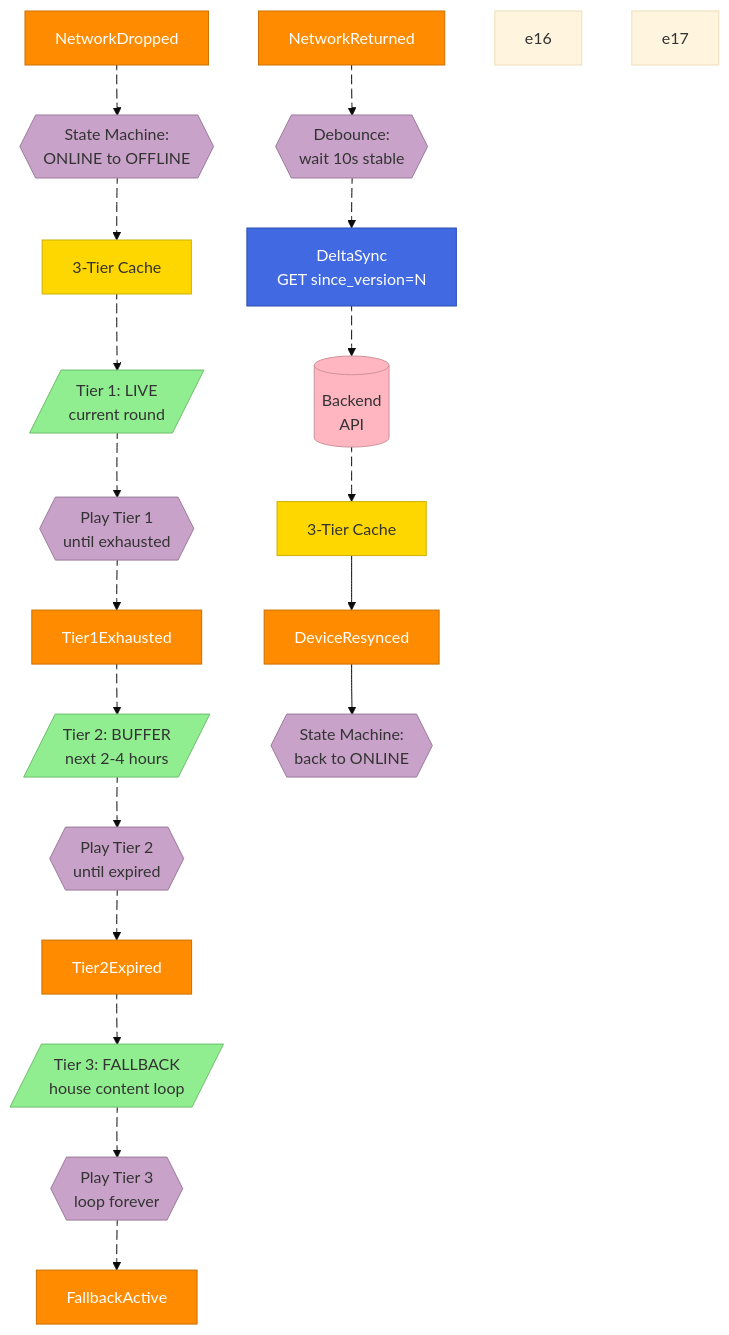
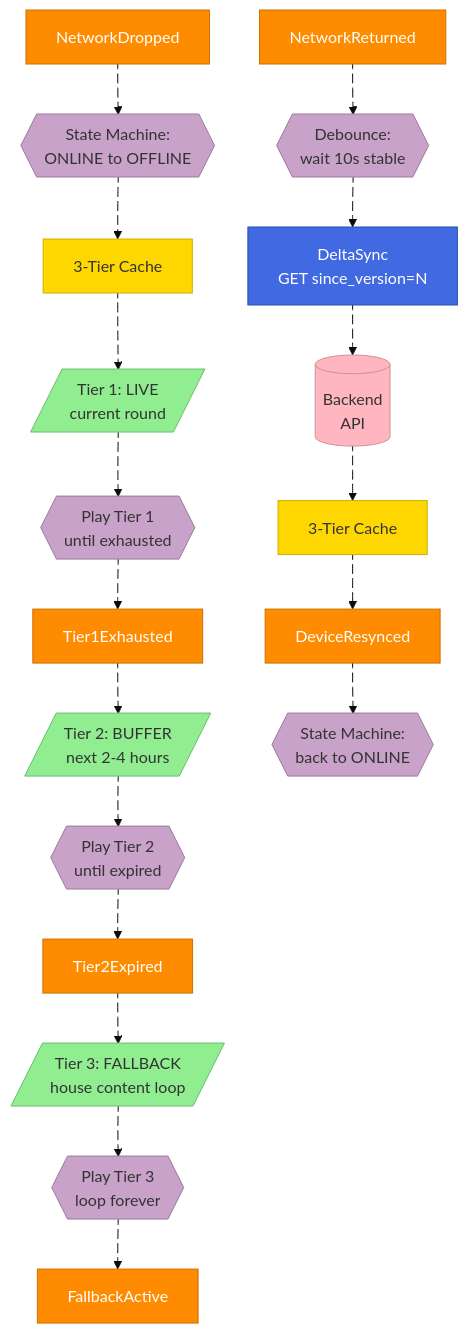
The diagram in scripts/diagrams/10-4-process-offline.mmd (wasikarn/jira-generator), drawn with Mermaid (base theme) before and after one commit. The commit also changed other lines of this file and 3 other files, not shown here.

```diff
--- a/scripts/diagrams/10-4-process-offline.mmd
+++ b/scripts/diagrams/10-4-process-offline.mmd
@@ -1,88 +1,88 @@
 flowchart TD
     E_DROP["NetworkDropped"]
     POL_OFFLINE{{"State Machine:<br/>ONLINE to OFFLINE"}}
     AGG_CACHE["3-Tier Cache"]
     RM_T1[/"Tier 1: LIVE<br/>current round"/]
     POL_T1{{"Play Tier 1<br/>until exhausted"}}
     E_T1_DONE["Tier1Exhausted"]
     RM_T2[/"Tier 2: BUFFER<br/>next 2-4 hours"/]
     POL_T2{{"Play Tier 2<br/>until expired"}}
     E_T2_DONE["Tier2Expired"]
     RM_T3[/"Tier 3: FALLBACK<br/>house content loop"/]
     POL_T3{{"Play Tier 3<br/>loop forever"}}
     E_FALLBACK["FallbackActive"]
 
     E_RETURN["NetworkReturned"]
     POL_DEBOUNCE{{"Debounce:<br/>wait 10s stable"}}
     C_SYNC["DeltaSync<br/>GET since_version=N"]
     EXT_API[("Backend<br/>API")]
     AGG_CACHE2["3-Tier Cache"]
     E_SYNCED["DeviceResynced"]
     POL_RESUME{{"State Machine:<br/>back to ONLINE"}}
 
     E_DROP e2@--> POL_OFFLINE
     POL_OFFLINE e3@--> AGG_CACHE
     AGG_CACHE e4@--> RM_T1
     RM_T1 e5@-.-> POL_T1
     POL_T1 e6@--> E_T1_DONE
     E_T1_DONE e7@--> RM_T2
     RM_T2 e8@-.-> POL_T2
     POL_T2 e9@--> E_T2_DONE
     E_T2_DONE e10@--> RM_T3
     RM_T3 e11@-.-> POL_T3
     POL_T3 e12@--> E_FALLBACK
 
     E_RETURN e13@--> POL_DEBOUNCE
     POL_DEBOUNCE e14@--> C_SYNC
     C_SYNC e1@--> EXT_API
     EXT_API e15@--> AGG_CACHE2
+    AGG_CACHE2 e16@--> E_SYNCED
+    E_SYNCED e17@--> POL_RESUME
     e1@{ animation: slow }
     e2@{ animation: fast }
     e3@{ animation: fast }
     e4@{ animation: fast }
     e5@{ animation: fast }
     e6@{ animation: fast }
     e7@{ animation: fast }
     e8@{ animation: fast }
     e9@{ animation: fast }
     e10@{ animation: fast }
     e11@{ animation: fast }
     e12@{ animation: fast }
     e13@{ animation: fast }
     e14@{ animation: fast }
     e15@{ animation: slow }
     e16@{ animation: fast }
     e17@{ animation: fast }
-    AGG_CACHE2 e16@--> E_SYNCED
-    E_SYNCED e17@--> POL_RESUME
 
     %% Events - Orange
     style E_DROP fill:#FF8C00,stroke:#CC7000,color:#fff
     style E_T1_DONE fill:#FF8C00,stroke:#CC7000,color:#fff
     style E_T2_DONE fill:#FF8C00,stroke:#CC7000,color:#fff
     style E_FALLBACK fill:#FF8C00,stroke:#CC7000,color:#fff
     style E_RETURN fill:#FF8C00,stroke:#CC7000,color:#fff
     style E_SYNCED fill:#FF8C00,stroke:#CC7000,color:#fff
 
     %% Commands - Blue
     style C_SYNC fill:#4169E1,stroke:#2850B0,color:#fff
 
     %% Aggregates - Yellow
     style AGG_CACHE fill:#FFD700,stroke:#CCB000,color:#333
     style AGG_CACHE2 fill:#FFD700,stroke:#CCB000,color:#333
 
     %% Policies - Lilac
     style POL_OFFLINE fill:#C8A2C8,stroke:#9B7A9B,color:#333
     style POL_T1 fill:#C8A2C8,stroke:#9B7A9B,color:#333
     style POL_T2 fill:#C8A2C8,stroke:#9B7A9B,color:#333
     style POL_T3 fill:#C8A2C8,stroke:#9B7A9B,color:#333
     style POL_DEBOUNCE fill:#C8A2C8,stroke:#9B7A9B,color:#333
     style POL_RESUME fill:#C8A2C8,stroke:#9B7A9B,color:#333
 
     %% Read Models - Green
     style RM_T1 fill:#90EE90,stroke:#6BBE6B,color:#333
     style RM_T2 fill:#90EE90,stroke:#6BBE6B,color:#333
     style RM_T3 fill:#90EE90,stroke:#6BBE6B,color:#333
 
     %% External - Pink
     style EXT_API fill:#FFB6C1,stroke:#CC929A,color:#333
```
